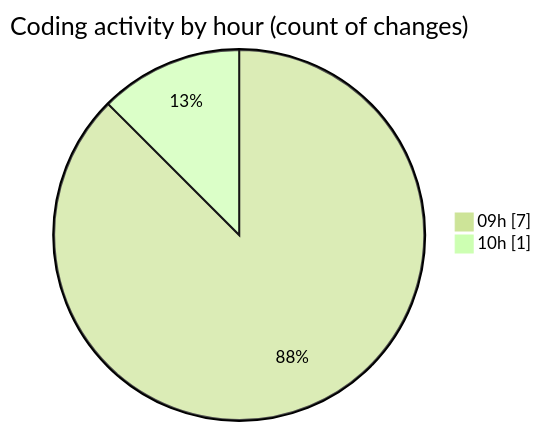
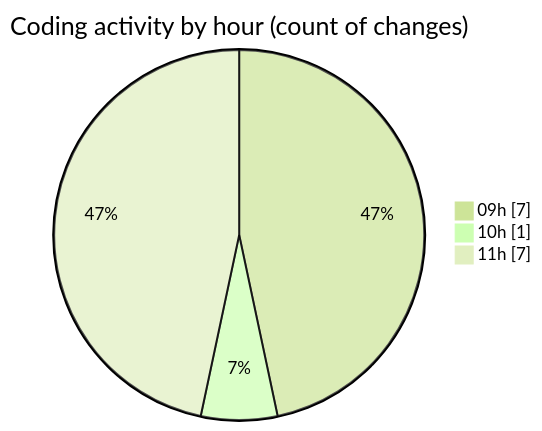
One commit to momahboobian/code-tracking changed the second of 2 diagrams in 2026-04-22/cda/README.md. Above: the diagram before and after it, drawn with Mermaid (forest theme). The commit also changed other lines of this file and 2 other files, not shown here.

````diff
--- a/2026-04-22/cda/README.md
+++ b/2026-04-22/cda/README.md
@@ -29,6 +33,7 @@
 ```mermaid
 pie showData
 title Coding activity by hour (count of changes)
 "09h" : 7
 "10h" : 1
+"11h" : 7
 ```
````
